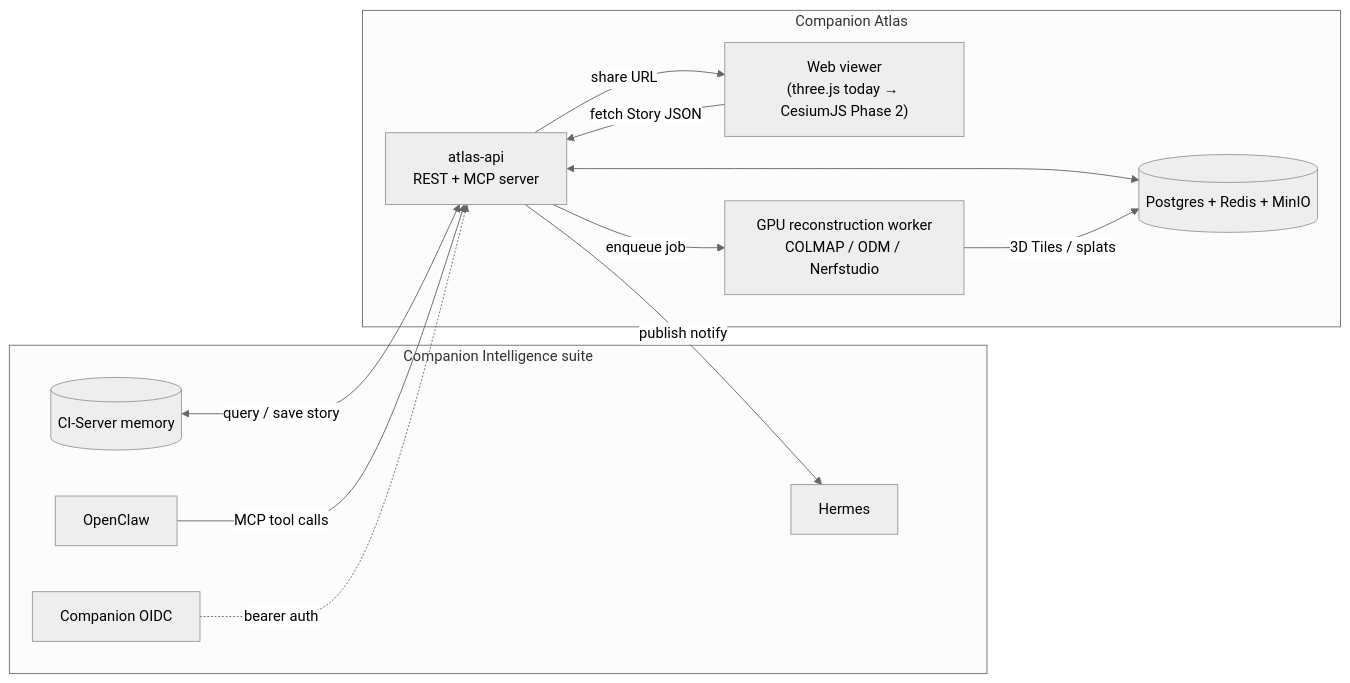
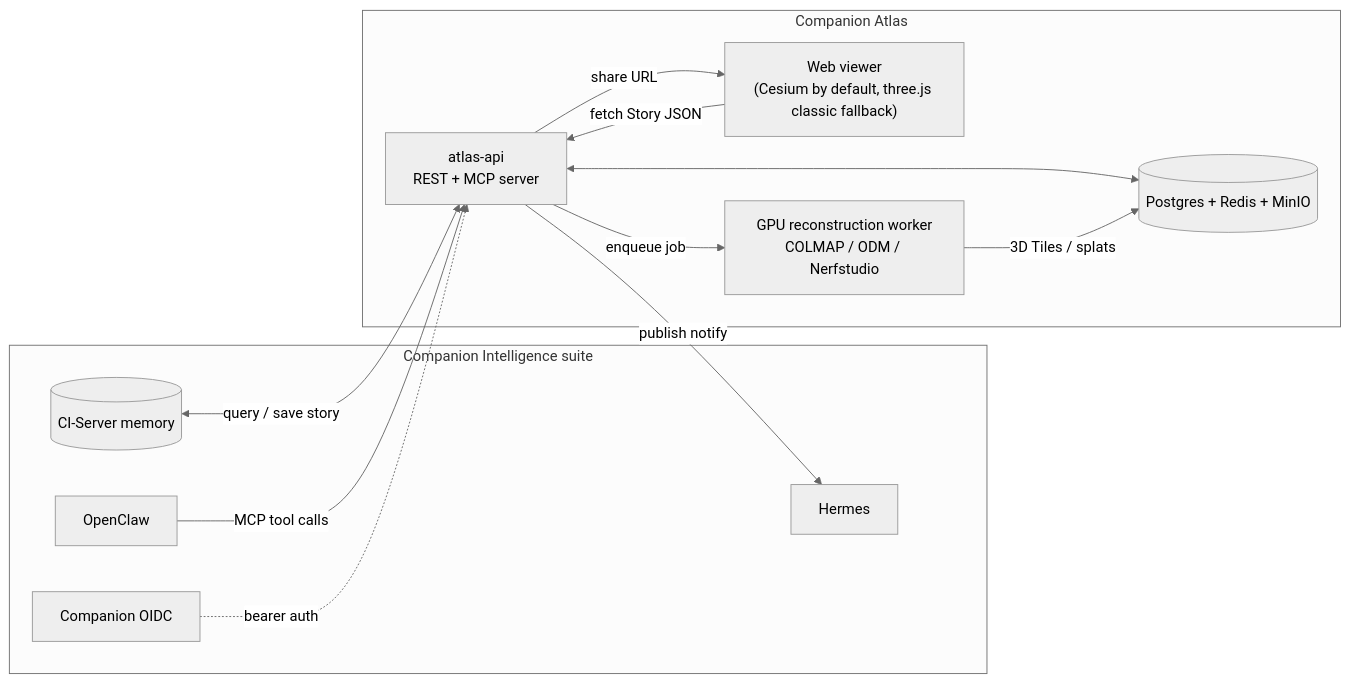
One commit to companionintelligence/CI-Spatial-Atlas changed the first of 14 diagrams in docs/architecture.md. Above: the diagram before and after it, drawn with Mermaid (neutral theme). The commit also changed other lines of this file and 30 other files, not shown here.

First line of the commit message:
feat: add Cesium renderer as the default map, fix docs audit findings

````diff
--- a/docs/architecture.md
+++ b/docs/architecture.md
@@ -12,26 +12,26 @@
 ```mermaid
 flowchart LR
     subgraph Suite["Companion Intelligence suite"]
         Memory[("CI-Server memory")]
         OpenClaw["OpenClaw"]
         Hermes["Hermes"]
         OIDC["Companion OIDC"]
     end
 
     subgraph Atlas["Companion Atlas"]
-        Viewer["Web viewer<br/>(three.js today → CesiumJS Phase 2)"]
+        Viewer["Web viewer<br/>(Cesium by default, three.js classic fallback)"]
         API["atlas-api<br/>REST + MCP server"]
         Worker["GPU reconstruction worker<br/>COLMAP / ODM / Nerfstudio"]
         Store[("Postgres + Redis + MinIO")]
     end
 
     Memory <-- "query / save story" --> API
     OpenClaw -- "MCP tool calls" --> API
     API -- "publish notify" --> Hermes
     OIDC -. "bearer auth" .-> API
     API <--> Store
     API -- "enqueue job" --> Worker
     Worker -- "3D Tiles / splats" --> Store
     Viewer -- "fetch Story JSON" --> API
     API -- "share URL" --> Viewer
 ```
````
